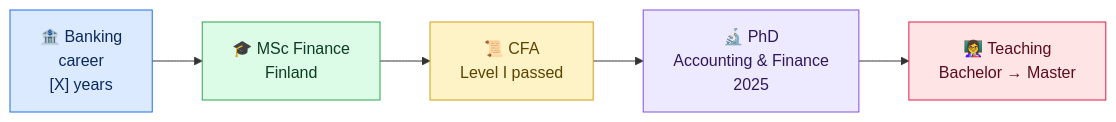
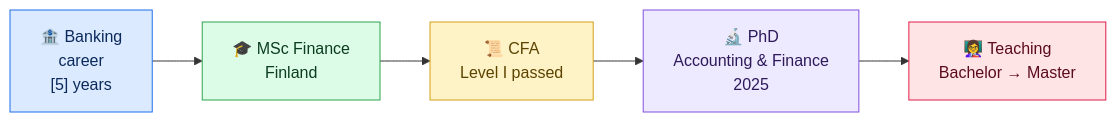
Before and after one commit to quinn-hoang/Teaching-portfolio: the first of 3 diagrams in README.md, drawn with Mermaid. The commit also changed other lines of this file, not shown here.

````diff
--- a/README.md
+++ b/README.md
@@ -30,12 +30,12 @@
 ```mermaid
 flowchart LR
-    A["🏦 Banking<br/>career<br/>[X] years"] --> B["🎓 MSc Finance<br/>Finland"]
+    A["🏦 Banking<br/>career<br/>[5] years"] --> B["🎓 MSc Finance<br/>Finland"]
     B --> C["📜 CFA<br/>Level I passed"]
     C --> D["🔬 PhD<br/>Accounting & Finance<br/>2025"]
     D --> E["👩‍🏫 Teaching<br/>Bachelor → Master"]
     style A fill:#dbeafe,stroke:#1f6feb,color:#0b2a5b
     style B fill:#dcfce7,stroke:#2da44e,color:#0b3d1e
     style C fill:#fef3c7,stroke:#d4a017,color:#5b4300
     style D fill:#ede9fe,stroke:#8250df,color:#2e1a5b
     style E fill:#ffe4e6,stroke:#e11d48,color:#5b0b1f
 ```
````
